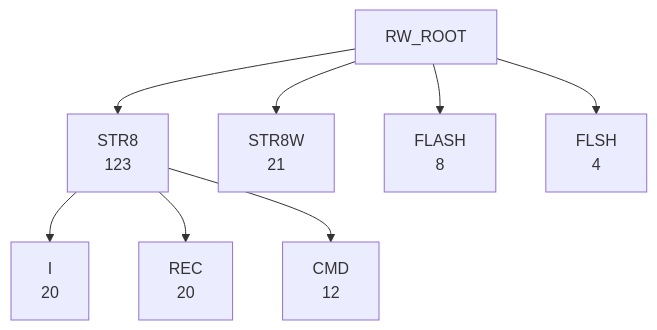
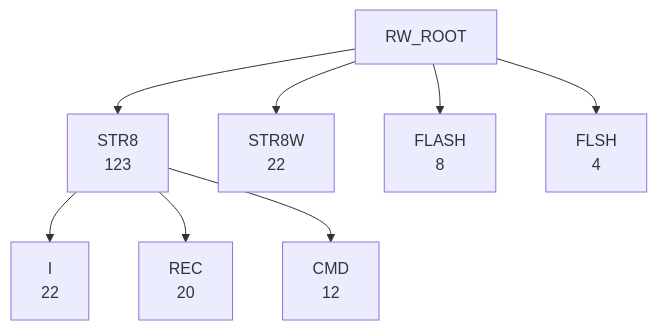
One commit to 95westus/R-YORS changed the fifth of 6 diagrams in DOC/GENERATED/ROUTINE_WORD_TREE.md. Above: the diagram before and after it, drawn with Mermaid. The commit also changed other lines of this file and 33 other files, not shown here.

````diff
--- a/DOC/GENERATED/ROUTINE_WORD_TREE.md
+++ b/DOC/GENERATED/ROUTINE_WORD_TREE.md
@@ -77,10 +77,10 @@
 ```mermaid
 flowchart TD
     RW_ROOT --> RW_STR8["STR8<br/>123"]
-    RW_ROOT --> RW_STR8W["STR8W<br/>21"]
+    RW_ROOT --> RW_STR8W["STR8W<br/>22"]
     RW_ROOT --> RW_FLASH["FLASH<br/>8"]
     RW_ROOT --> RW_FLSH["FLSH<br/>4"]
-    RW_STR8 --> RW_STR8_I["I<br/>20"]
+    RW_STR8 --> RW_STR8_I["I<br/>22"]
     RW_STR8 --> RW_STR8_REC["REC<br/>20"]
     RW_STR8 --> RW_STR8_CMD["CMD<br/>12"]
 ```
````
